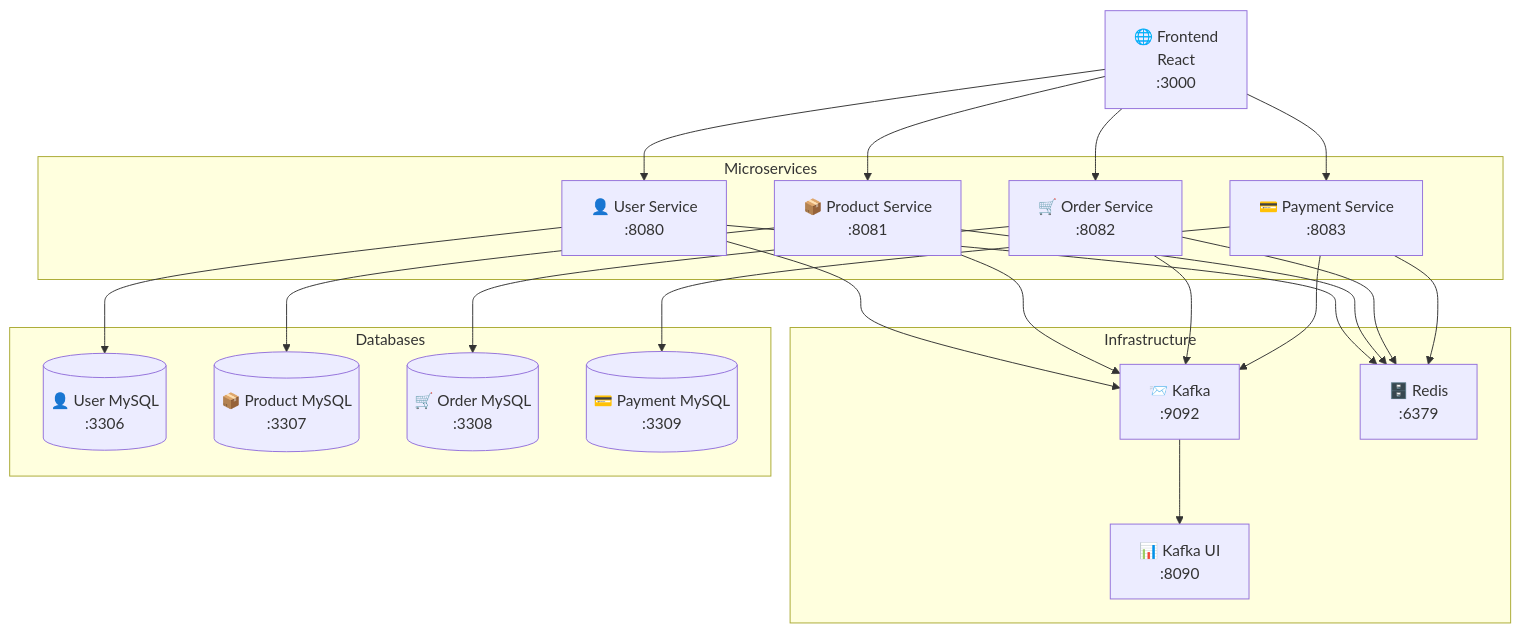
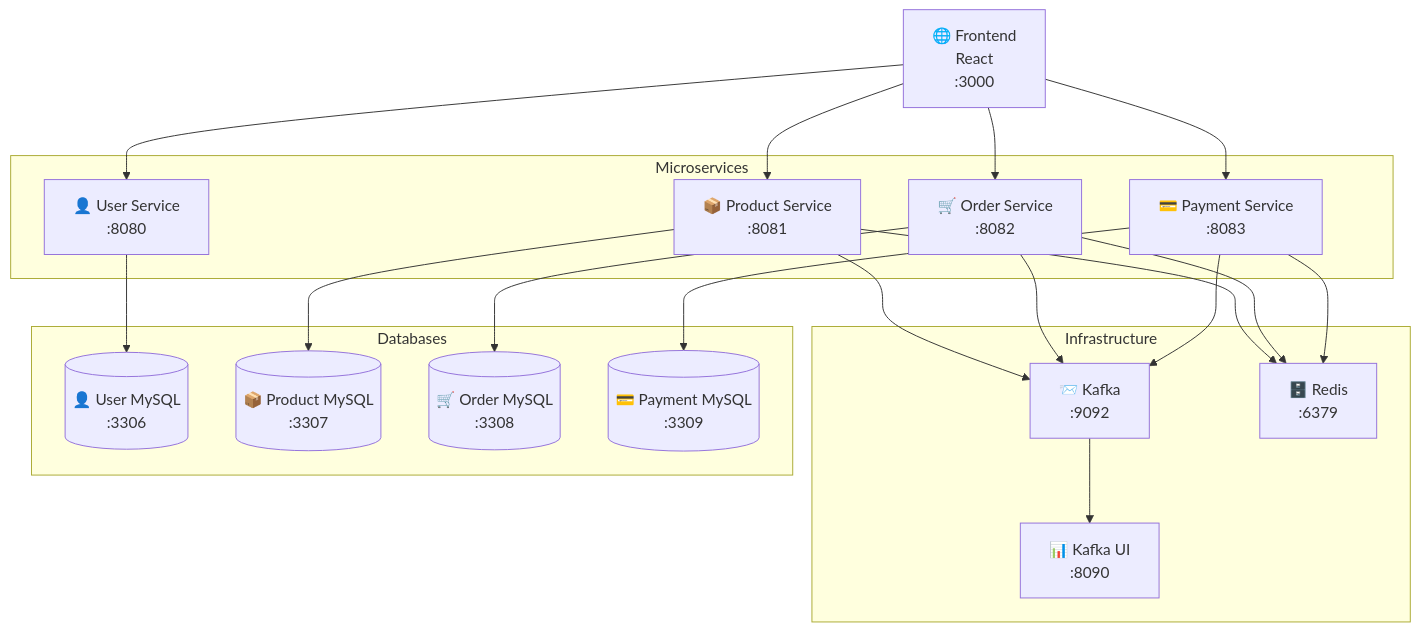
The first of 5 diagrams in readMe.md (hana0627/i-love-pet), drawn with Mermaid before and after one commit. The commit also changed other lines of this file, not shown here.

````diff
--- a/readMe.md
+++ b/readMe.md
@@ -21,46 +21,44 @@
 ```mermaid
 graph TB
     Frontend[🌐 Frontend<br/>React<br/>:3000]
     
     subgraph "Microservices"
         UserService[👤 User Service<br/>:8080]
         ProductService[📦 Product Service<br/>:8081]
         OrderService[🛒 Order Service<br/>:8082]
         PaymentService[💳 Payment Service<br/>:8083]
     end
     
     subgraph "Infrastructure"
         Kafka[📨 Kafka<br/>:9092]
         Redis[🗄️ Redis<br/>:6379]
         KafkaUI[📊 Kafka UI<br/>:8090]
     end
     
     subgraph "Databases"
         UserDB[(👤 User MySQL<br/>:3306)]
         ProductDB[(📦 Product MySQL<br/>:3307)]
         OrderDB[(🛒 Order MySQL<br/>:3308)]
         PaymentDB[(💳 Payment MySQL<br/>:3309)]
     end
     
     Frontend --> UserService
     Frontend --> ProductService
     Frontend --> OrderService
     Frontend --> PaymentService
     
     UserService --> UserDB
     ProductService --> ProductDB
     OrderService --> OrderDB
     PaymentService --> PaymentDB
     
-    UserService --> Kafka
     ProductService --> Kafka
     OrderService --> Kafka
     PaymentService --> Kafka
     
-    UserService --> Redis
     ProductService --> Redis
     OrderService --> Redis
     PaymentService --> Redis
     
     Kafka --> KafkaUI
 ```
````
